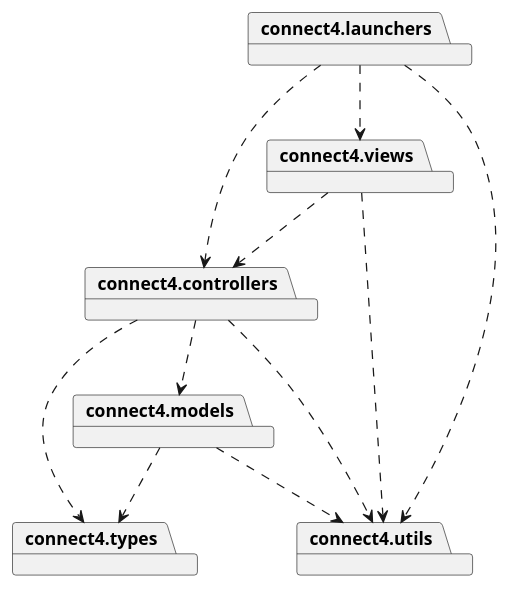
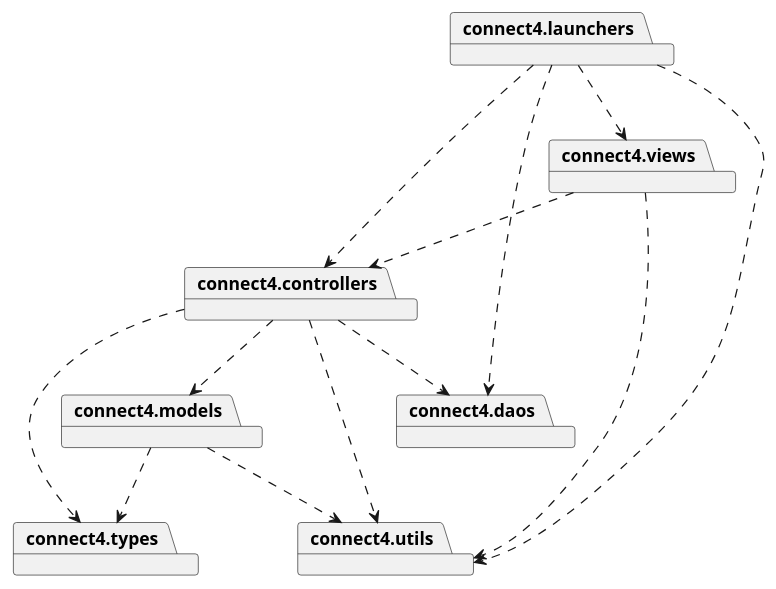
The diagram in connect4/Docs/diagrams/src/packages/packageDiagramDistributedSummary.plantuml (js-rom/connect4), drawn with PlantUML before and after one commit. The commit also changed 14 other files, not shown here.

```diff
--- a/connect4/Docs/diagrams/src/packages/packageDiagramDistributedSummary.plantuml
+++ b/connect4/Docs/diagrams/src/packages/packageDiagramDistributedSummary.plantuml
@@ -1,21 +1,24 @@
 @startuml
 
 package connect4.launchers
 package connect4.models
 package connect4.types
 package connect4.views
 package connect4.controllers
 package connect4.utils
+package connect4.daos
 
 connect4.launchers ..> connect4.views
 connect4.launchers ..> connect4.controllers
 connect4.launchers ..> connect4.utils
 connect4.views ..> connect4.controllers
 connect4.views ..> connect4.utils
 connect4.controllers ..> connect4.models
 connect4.controllers ..> connect4.types
 connect4.controllers ..> connect4.utils
 connect4.models ..> connect4.types
 connect4.models ..> connect4.utils
+connect4.launchers ..> connect4.daos
+connect4.controllers ..> connect4.daos
 
 @enduml
```
